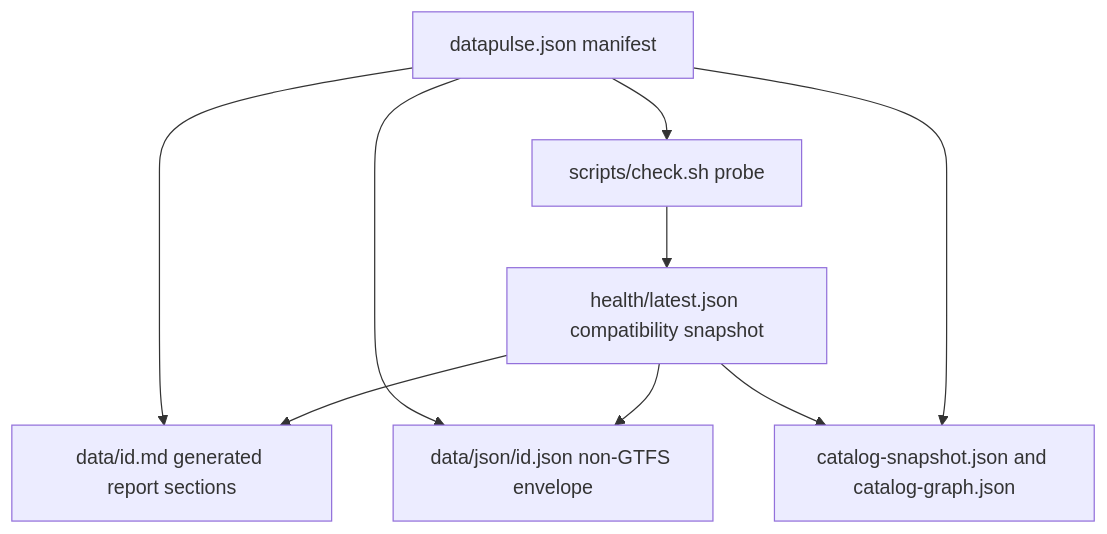
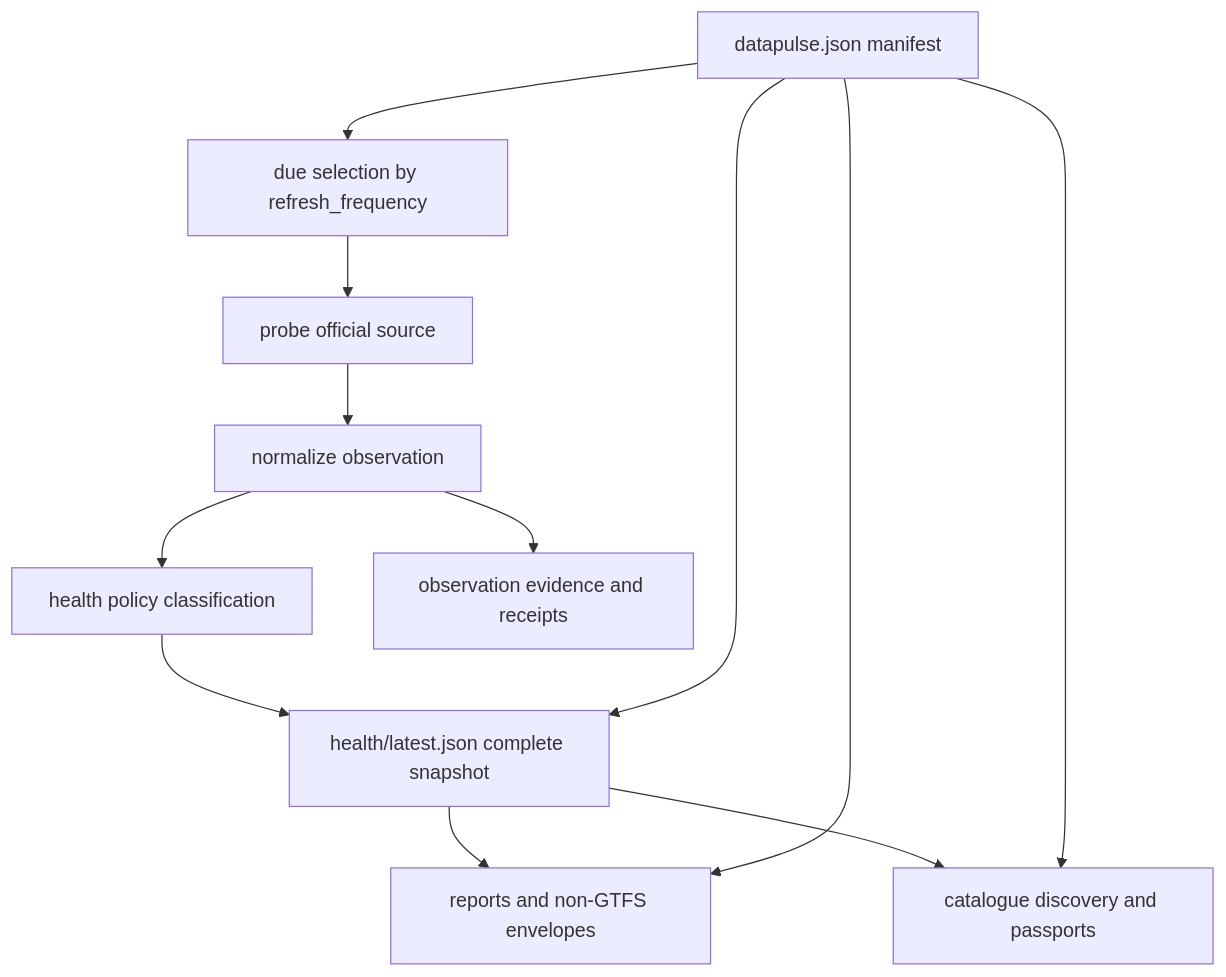
One commit to r3dz4r/datapulse-my changed the diagram in openwiki/datasets.md. Above: the diagram before and after it, drawn with Mermaid. The commit also changed other lines of this file and 4 other files, not shown here.

````diff
--- a/openwiki/datasets.md
+++ b/openwiki/datasets.md
@@ -69,11 +71,14 @@
 ```mermaid
 flowchart TD
-    M["datapulse.json manifest"] --> P["scripts/check.sh probe"]
-    P --> H["health/latest.json compatibility snapshot"]
-    H --> R["data/id.md generated report sections"]
-    H --> E["data/json/id.json non-GTFS envelope"]
-    M --> C["catalog-snapshot.json and catalog-graph.json"]
-    H --> C
-    M --> E
+    M["datapulse.json manifest"] --> D["due selection by refresh_frequency"]
+    D --> P["probe official source"]
+    P --> N["normalize observation"]
+    N --> C["health policy classification"]
+    C --> H["health/latest.json complete snapshot"]
+    M --> H
+    H --> R["reports and non-GTFS envelopes"]
     M --> R
+    H --> G["catalogue discovery and passports"]
+    M --> G
+    N --> O["observation evidence and receipts"]
 ```
````
